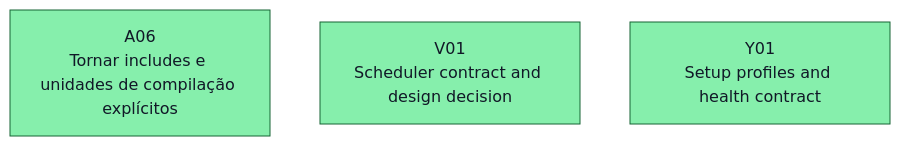
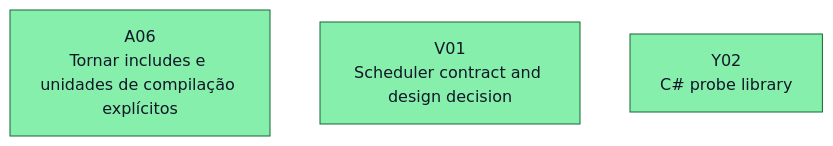
Before and after one commit to ocarizr/spaceraiders: the first of 25 diagrams in docs/task-dependencies.md, drawn with Mermaid (base theme). The commit also changed other lines of this file and 9 other files, not shown here.

First line of the commit message:
feat(Y01): define environment profiles and health contract (#21)

````diff
--- a/docs/task-dependencies.md
+++ b/docs/task-dependencies.md
@@ -24,9 +23,9 @@
 ```mermaid
 flowchart TD
     ready_A06["A06<br/>Tornar includes e unidades de compilação explícitos"]:::ready
     ready_V01["V01<br/>Scheduler contract and design decision"]:::ready
-    ready_Y01["Y01<br/>Setup profiles and health contract"]:::ready
+    ready_Y02["Y02<br/>C# probe library"]:::ready
     classDef pending fill:#ffffff,stroke:#6b7280,color:#111827
     classDef ready fill:#86efac,stroke:#166534,color:#111827
     classDef done fill:#f87171,stroke:#991b1b,color:#111827
 ```
````
